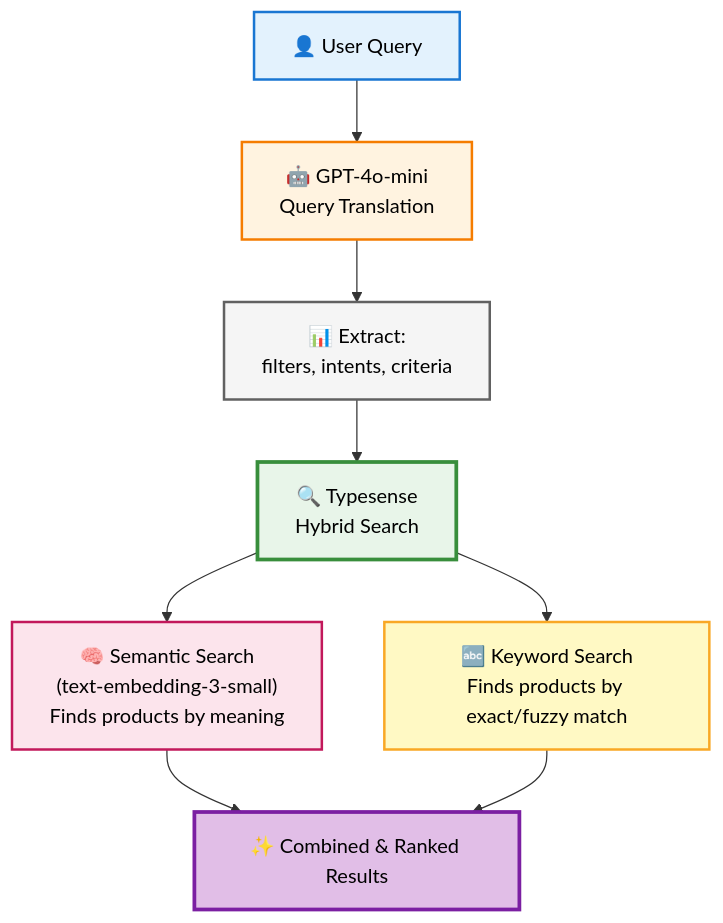
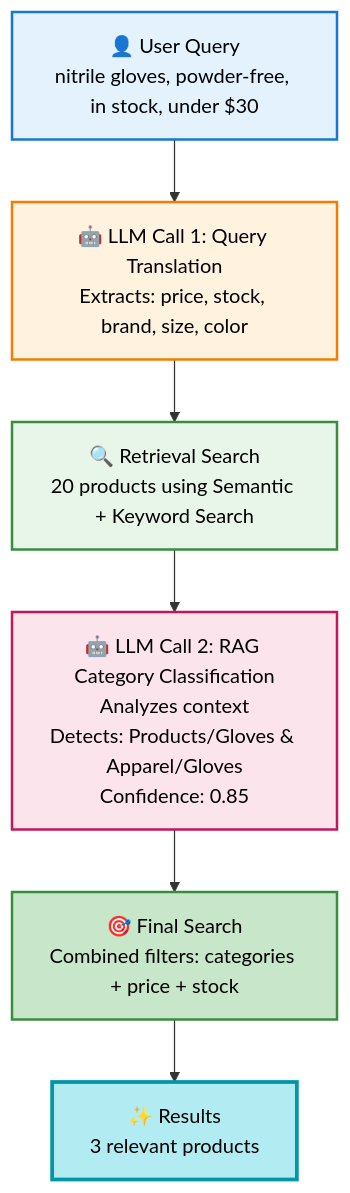
Before and after one commit to Bens-Organization/mercedes-nl-search: the diagram in README.md, drawn with Mermaid. The commit also changed other lines of this file and 1 other file, not shown here.

First line of the commit message:
Update README and documentation for RAG dual LLM implementation

````diff
--- a/README.md
+++ b/README.md
@@ -34,18 +38,22 @@
 ```mermaid
-flowchart TD
-    A["👤 User Query"] --> B["🤖 GPT-4o-mini<br/>Query Translation"]
-    B --> C["📊 Extract:<br/>filters, intents, criteria"]
-    C --> D["🔍 Typesense<br/>Hybrid Search"]
-    D --> E["🧠 Semantic Search<br/>(text-embedding-3-small)<br/>Finds products by meaning"]
-    D --> F["🔤 Keyword Search<br/>Finds products by exact/fuzzy match"]
-    E --> G["✨ Combined & Ranked Results"]
-    F --> G
+flowchart TB
+    A["👤 User Query<br/>nitrile gloves, powder-free, in stock, under $30"]
+    B["🤖 LLM Call 1: Query Translation<br/>Extracts: price, stock, brand, size, color"]
+    C["🔍 Retrieval Search<br/>20 products using Semantic + Keyword Search"]
+    D["🤖 LLM Call 2: RAG Category Classification<br/>Analyzes context<br/>Detects: Products/Gloves & Apparel/Gloves<br/>Confidence: 0.85"]
+    E["🎯 Final Search<br/>Combined filters: categories + price + stock"]
+    F["✨ Results<br/>3 relevant products"]
+
+    A --> B
+    B --> C
+    C --> D
+    D --> E
+    E --> F
 
     style A fill:#e3f2fd,stroke:#1976d2,stroke-width:2px,color:#000
     style B fill:#fff3e0,stroke:#f57c00,stroke-width:2px,color:#000
-    style C fill:#f5f5f5,stroke:#616161,stroke-width:2px,color:#000
-    style D fill:#e8f5e9,stroke:#388e3c,stroke-width:3px,color:#000
-    style E fill:#fce4ec,stroke:#c2185b,stroke-width:2px,color:#000
-    style F fill:#fff9c4,stroke:#f9a825,stroke-width:2px,color:#000
-    style G fill:#e1bee7,stroke:#7b1fa2,stroke-width:3px,color:#000
+    style C fill:#e8f5e9,stroke:#388e3c,stroke-width:2px,color:#000
+    style D fill:#fce4ec,stroke:#c2185b,stroke-width:2px,color:#000
+    style E fill:#c8e6c9,stroke:#388e3c,stroke-width:2px,color:#000
+    style F fill:#b2ebf2,stroke:#0097a7,stroke-width:3px,color:#000
 ```
````
